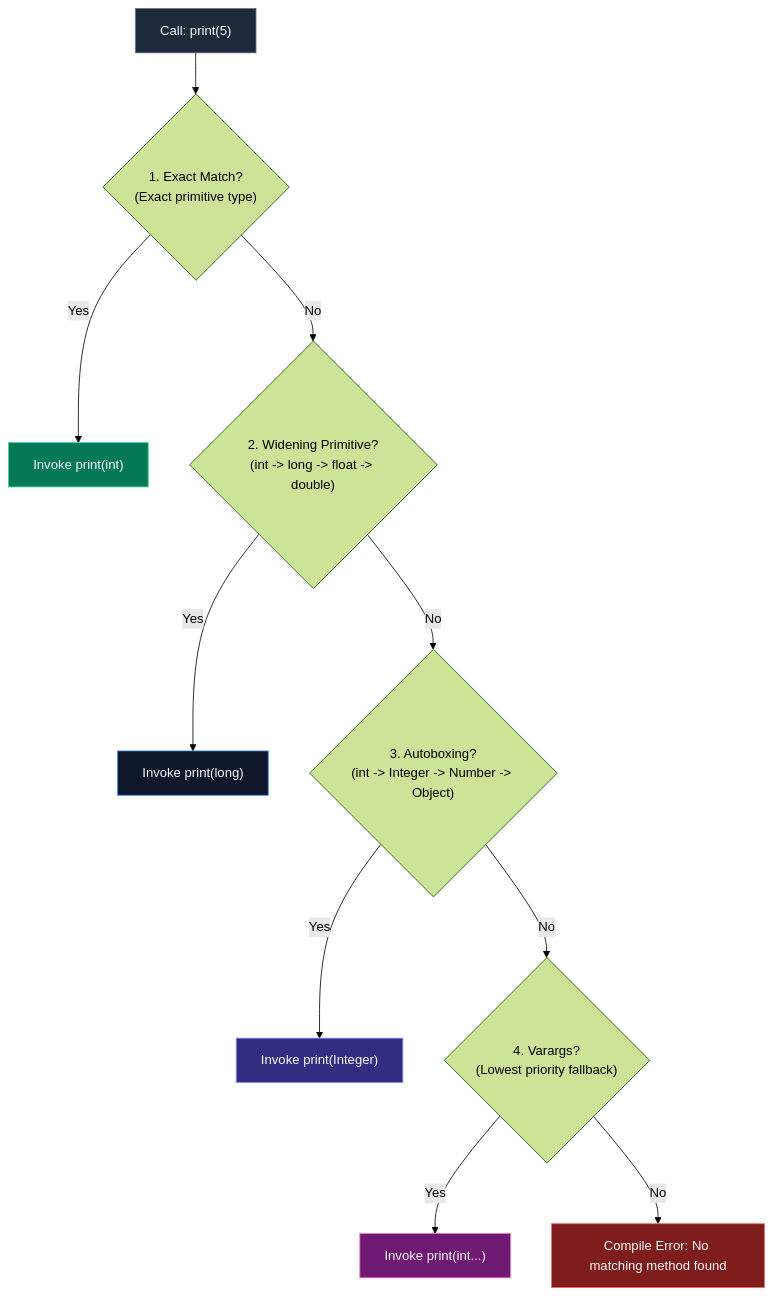
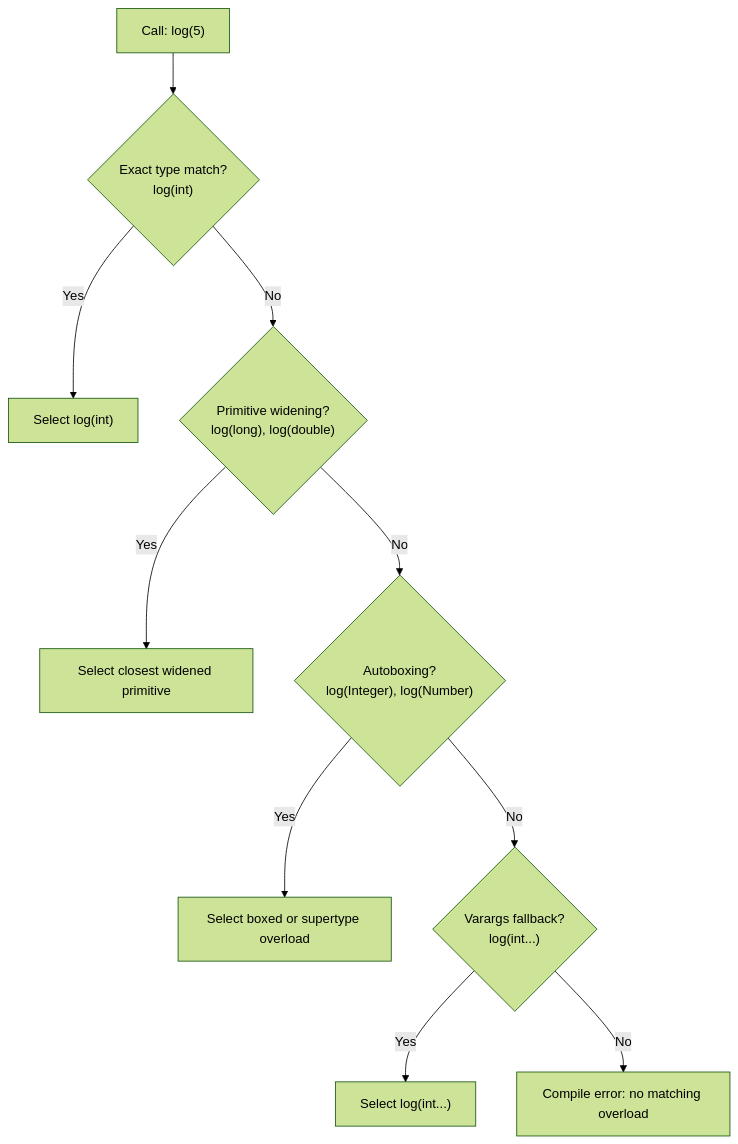
One commit to ravishankar2463/java_hub changed the third of 3 diagrams in content/roadmap/level-1/classes-and-objects.md. Above: the diagram before and after it, drawn with Mermaid (forest theme). The commit also changed other lines of this file and 119 other files, not shown here.

Commit message:
feat: add comprehensive java learning roadmap content across multiple levels

````diff
--- a/content/roadmap/level-1/classes-and-objects.md
+++ b/content/roadmap/level-1/classes-and-objects.md
@@ -351,19 +426,12 @@
 ```mermaid
 flowchart TD
-    Call["Call: print(5)"] --> P1{"1. Exact Match?<br/>(Exact primitive type)"}
-    P1 -->|"Yes"| Win1["Invoke print(int)"]
-    P1 -->|"No"| P2{"2. Widening Primitive?<br/>(int -> long -> float -> double)"}
-    P2 -->|"Yes"| Win2["Invoke print(long)"]
-    P2 -->|"No"| P3{"3. Autoboxing?<br/>(int -> Integer -> Number -> Object)"}
-    P3 -->|"Yes"| Win3["Invoke print(Integer)"]
-    P3 -->|"No"| P4{"4. Varargs?<br/>(Lowest priority fallback)"}
-    P4 -->|"Yes"| Win4["Invoke print(int...)"]
-    P4 -->|"No"| Fail["Compile Error: No matching method found"]
-
-    style Call fill:#1e293b,stroke:#64748b,color:#f8fafc
-    style Win1 fill:#047857,stroke:#34d399,color:#f8fafc
-    style Win2 fill:#0f172a,stroke:#3b82f6,color:#f8fafc
-    style Win3 fill:#312e81,stroke:#818cf8,color:#f8fafc
-    style Win4 fill:#701a75,stroke:#f472b6,color:#f8fafc
-    style Fail fill:#7f1d1d,stroke:#f87171,color:#f8fafc
+    call["Call: log(5)"] --> exact{"Exact type match?<br/>log(int)"}
+    exact -->|"Yes"| m1["Select log(int)"]
+    exact -->|"No"| widen{"Primitive widening?<br/>log(long), log(double)"}
+    widen -->|"Yes"| m2["Select closest widened primitive"]
+    widen -->|"No"| box{"Autoboxing?<br/>log(Integer), log(Number)"}
+    box -->|"Yes"| m3["Select boxed or supertype overload"]
+    box -->|"No"| varargs{"Varargs fallback?<br/>log(int...)"}
+    varargs -->|"Yes"| m4["Select log(int...)"]
+    varargs -->|"No"| err["Compile error: no matching overload"]
 ```
````
